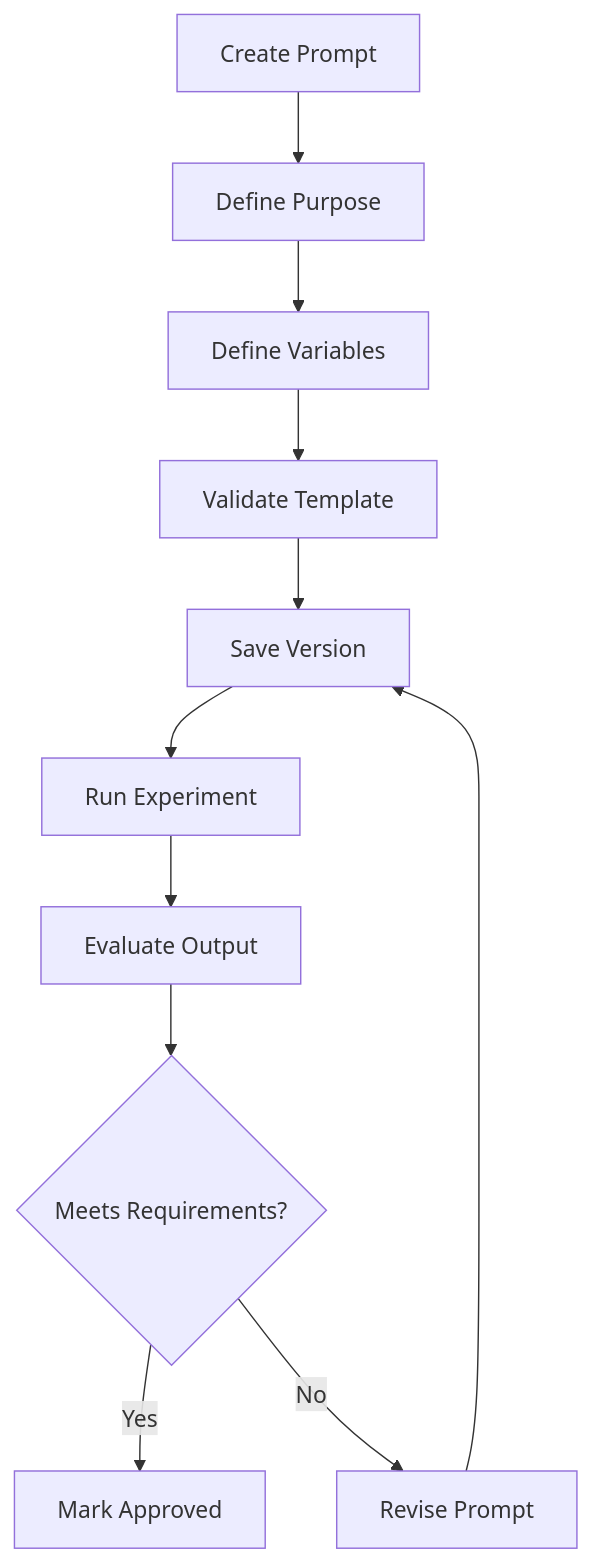
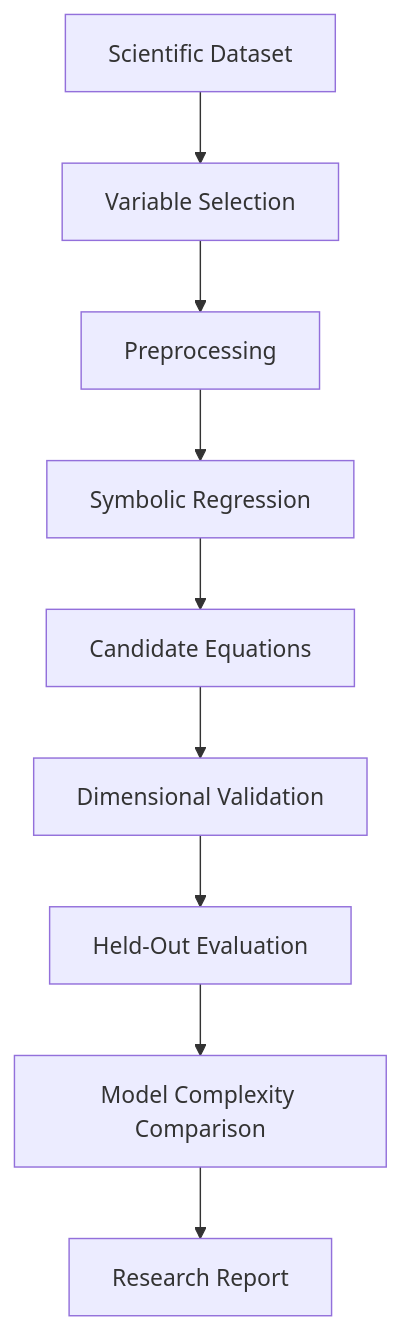
Before and after one commit to lucylow/woohoo-wonder-labs: the eighth of 13 diagrams in README.md, drawn with Mermaid. The commit also changed other lines of this file, not shown here.

````diff
--- a/README.md
+++ b/README.md
@@ -1039,13 +760,11 @@
 ```mermaid
 flowchart TD
-    A["Create Prompt"] --> B["Define Purpose"]
-    B --> C["Define Variables"]
-    C --> D["Validate Template"]
-    D --> E["Save Version"]
-    E --> F["Run Experiment"]
-    F --> G["Evaluate Output"]
-    G --> H{"Meets Requirements?"}
-    H -->|Yes| I["Mark Approved"]
-    H -->|No| J["Revise Prompt"]
-    J --> E
+    A[Scientific Dataset] --> B[Variable Selection]
+    B --> C[Preprocessing]
+    C --> D[Symbolic Regression]
+    D --> E[Candidate Equations]
+    E --> F[Dimensional Validation]
+    F --> G[Held-Out Evaluation]
+    G --> H[Model Complexity Comparison]
+    H --> I[Research Report]
 ```
````
